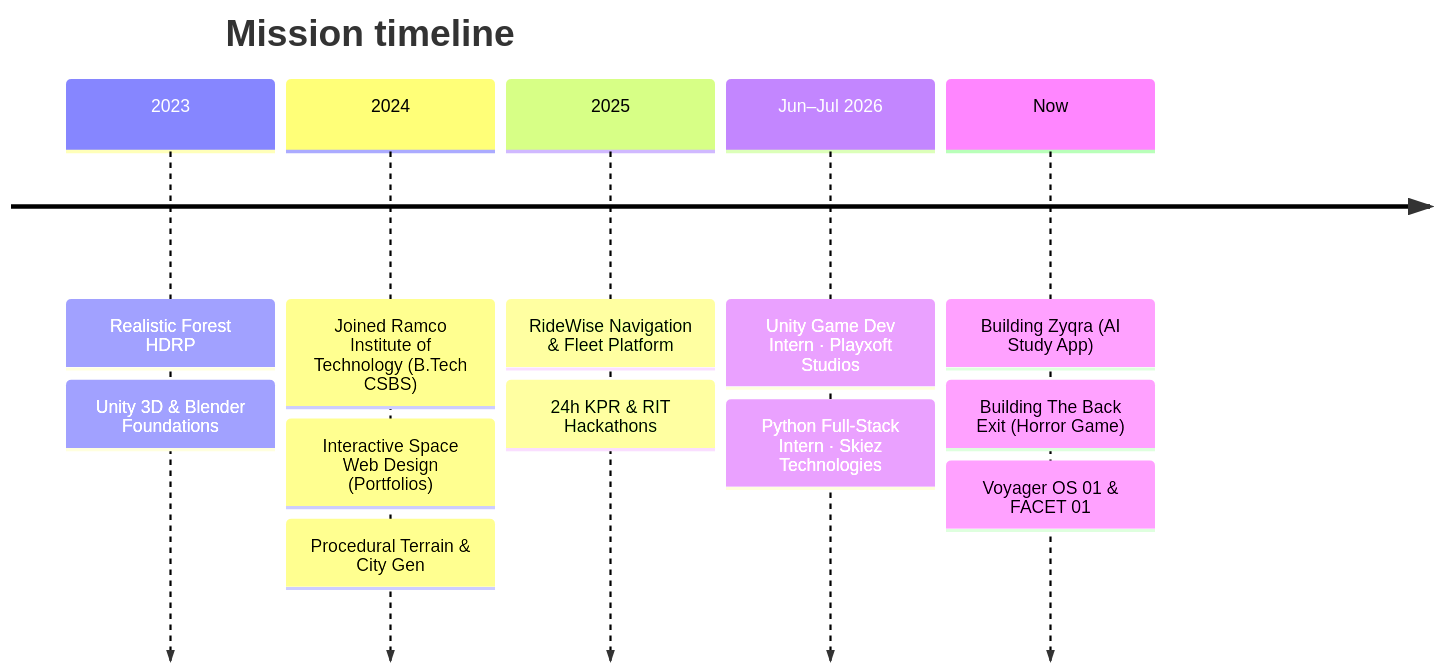
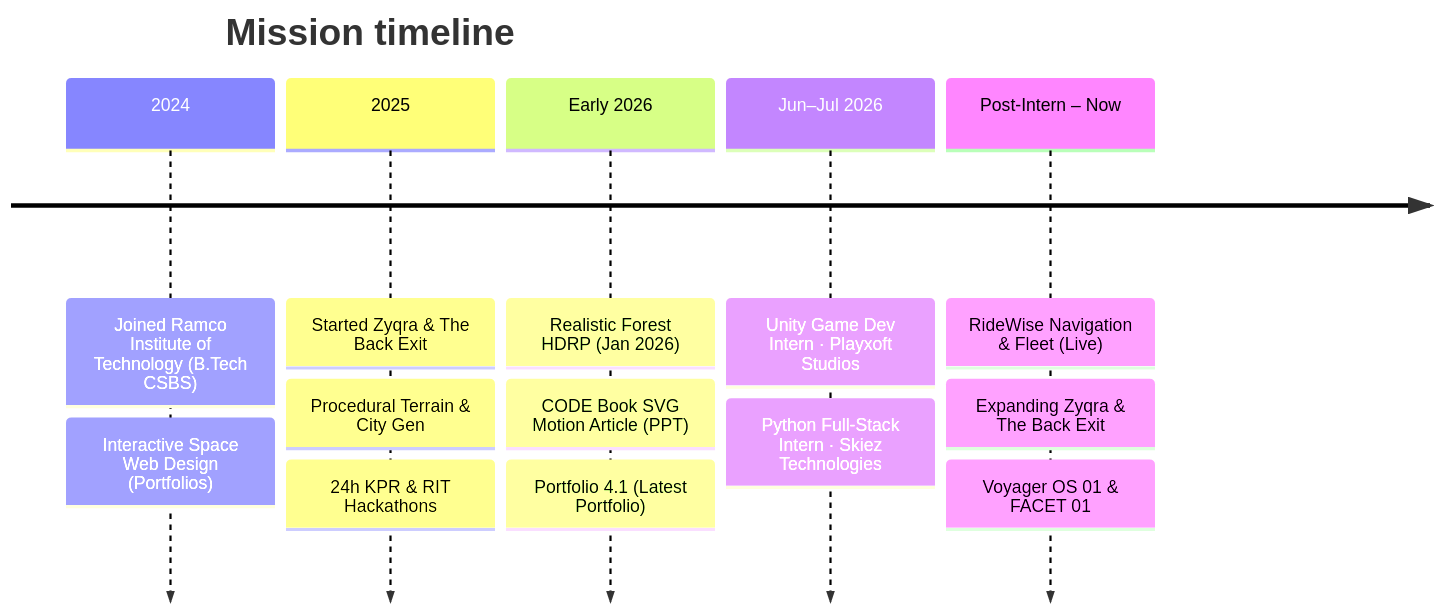
One commit to sGokulaKumaran/sGokulaKumaran changed the diagram in README.md. Above: the diagram before and after it, drawn with Mermaid. The commit also changed other lines of this file and 1 other file, not shown here.

Commit message:
Highlight RideWise in top HUD & C# snippet and update 2024-Now mission timeline

````diff
--- a/README.md
+++ b/README.md
@@ -119,9 +119,9 @@
 ```mermaid
 timeline
     title Mission timeline
-    2023 : Realistic Forest HDRP : Unity 3D & Blender Foundations
-    2024 : Joined Ramco Institute of Technology (B.Tech CSBS) : Interactive Space Web Design (Portfolios) : Procedural Terrain & City Gen
-    2025 : RideWise Navigation & Fleet Platform : 24h KPR & RIT Hackathons
+    2024 : Joined Ramco Institute of Technology (B.Tech CSBS) : Interactive Space Web Design (Portfolios)
+    2025 : Started Zyqra & The Back Exit : Procedural Terrain & City Gen : 24h KPR & RIT Hackathons
+    Early 2026 : Realistic Forest HDRP (Jan 2026) : CODE Book SVG Motion Article (PPT) : Portfolio 4.1 (Latest Portfolio)
     Jun–Jul 2026 : Unity Game Dev Intern · Playxoft Studios : Python Full-Stack Intern · Skiez Technologies
-    Now : Building Zyqra (AI Study App) : Building The Back Exit (Horror Game) : Voyager OS 01 & FACET 01
+    Post-Intern – Now : RideWise Navigation & Fleet (Live) : Expanding Zyqra & The Back Exit : Voyager OS 01 & FACET 01
 ```
````
